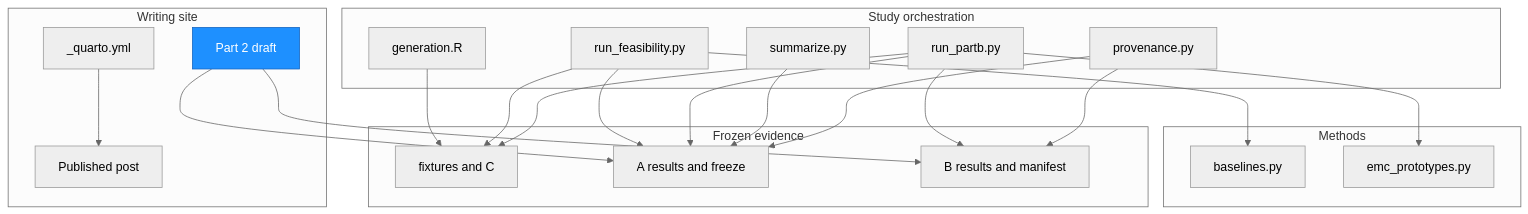
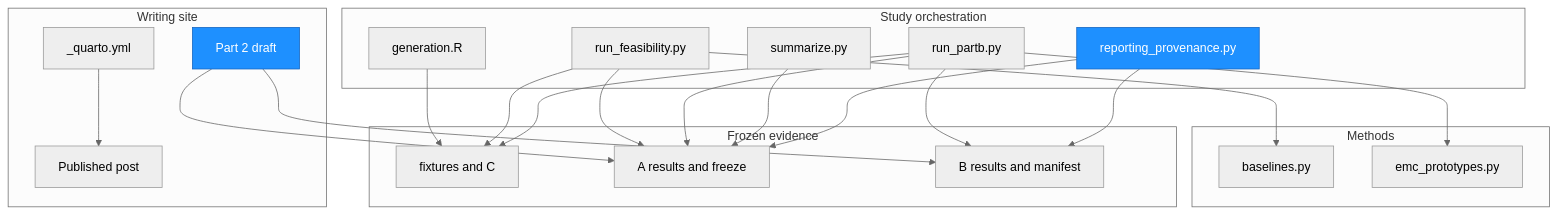
One commit to ClausonGeomet/writing changed the first of 3 diagrams in ARCHITECTURE.md. Above: the diagram before and after it, drawn with Mermaid. The commit also changed other lines of this file and 10 other files, not shown here.

````diff
--- a/ARCHITECTURE.md
+++ b/ARCHITECTURE.md
@@ -9,40 +9,41 @@
 ```mermaid
 %%{init: {'theme': 'neutral'}}%%
 graph TD
   subgraph Site["Writing site"]
     Q["_quarto.yml"]
     P["Published post"]
     D["Part 2 draft"]
   end
   subgraph Study["Study orchestration"]
     G["generation.R"]
     F["run_feasibility.py"]
     B["run_partb.py"]
     S["summarize.py"]
-    V["provenance.py"]
+    V["reporting_provenance.py"]
   end
   subgraph Methods["Methods"]
     A["baselines.py"]
     O["emc_prototypes.py"]
   end
   subgraph Evidence["Frozen evidence"]
     X["fixtures and C"]
     Y["A results and freeze"]
     Z["B results and manifest"]
   end
   G --> X
   F --> X
   F --> A
   F --> Y
   B --> X
   B --> Y
   B --> O
   B --> Z
   S --> Y
   V --> Y
   V --> Z
   D --> Y
   D --> Z
   Q --> P
   style D fill:#1e90ff,stroke:#1565c0,color:#fff
+  style V fill:#1e90ff,stroke:#1565c0,color:#fff
 ```
````
